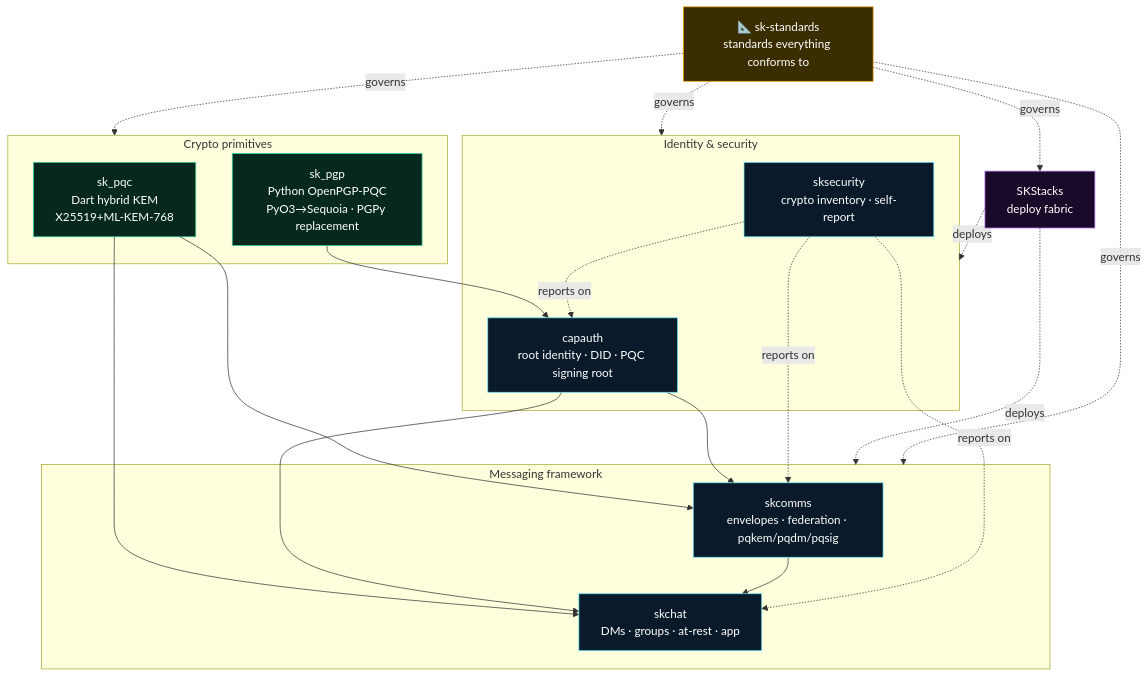
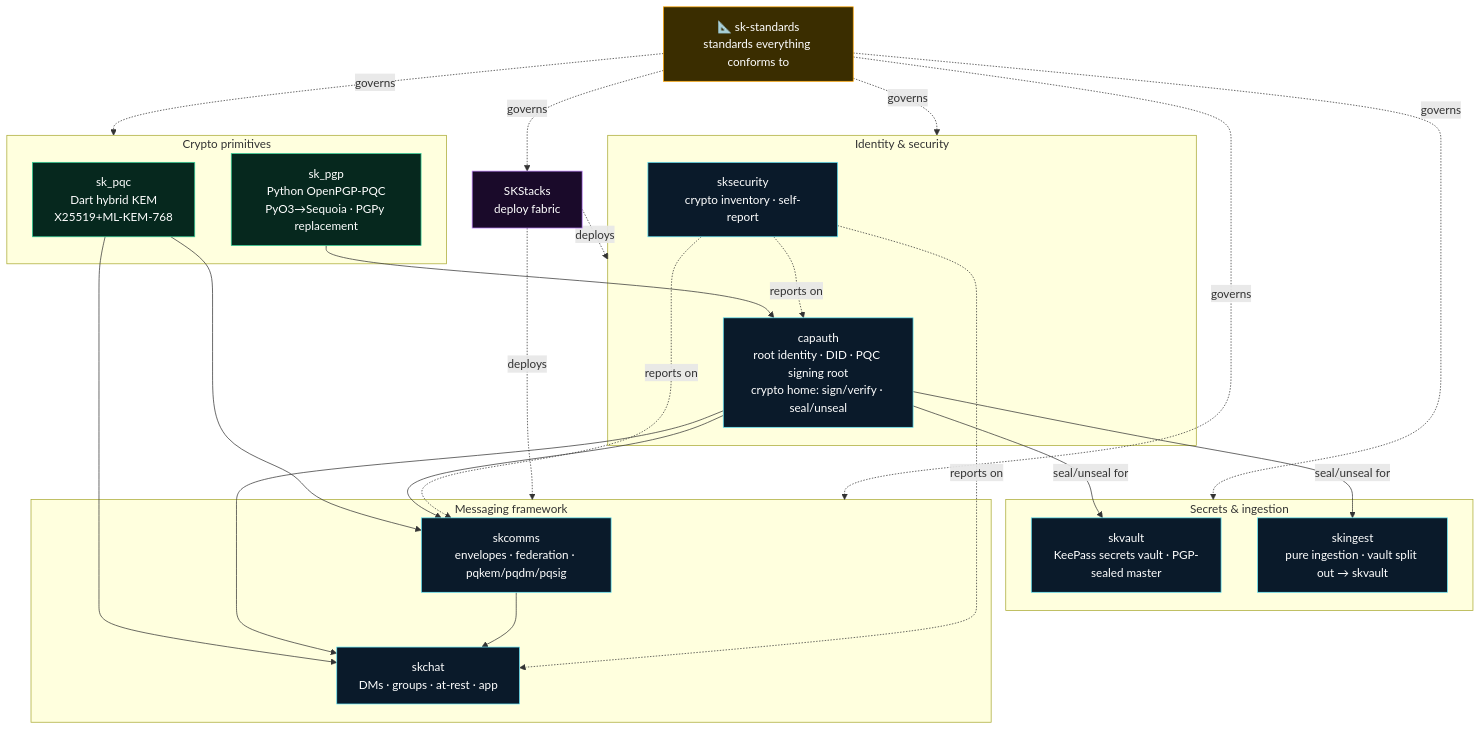
Before and after one commit to smilinTux/sk-standards: the diagram in README.md, drawn with Mermaid. The commit also changed other lines of this file and 1 other file, not shown here.

Commit message:
ecosystem: add skvault (secrets vault, split out of skingest)
skvault is the new sovereign secrets-vault package (EPIC 11eeac9e), split
out of skingest. Architecture now: capauth = crypto home (sign/verify +
seal/unseal); skvault = KeePass secrets vault (vault_creds/recovery/shamir/
totp + lifecycle) sealing via capauth.seal; skingest = pure ingestion that
also seals via capauth.seal but NO LONGER owns the vault.

- ECOSYSTEM.md + README.md mermaid: new "Secrets & ingestion" cluster with
  skvault + skingest, capauth -->|seal/unseal for| {skvault,skingest} edges,
  STD governs the cluster.
- capauth nodes/table note the seal/unseal crypto-home role.
- repos tables + repo bullets: skvault + skingest rows.
- sites list: add skos + skvault.skworld.io.

Claude-Session: https://claude.ai/code/session_01JPZ6QJhQemhZwfGJgTWN29

````diff
--- a/README.md
+++ b/README.md
@@ -49,42 +49,50 @@
 ```mermaid
 flowchart TD
     STD[📐 sk-standards<br/>standards everything conforms to]:::std
 
     subgraph crypto[Crypto primitives]
       SKPQC[sk_pqc<br/>Dart hybrid KEM<br/>X25519+ML-KEM-768]:::lib
       SKPGP[sk_pgp<br/>Python OpenPGP-PQC<br/>PyO3→Sequoia · PGPy replacement]:::lib
     end
 
     subgraph identity[Identity & security]
-      CAP[capauth<br/>root identity · DID · PQC signing root]:::svc
+      CAP[capauth<br/>root identity · DID · PQC signing root<br/>crypto home: sign/verify · seal/unseal]:::svc
       SEC[sksecurity<br/>crypto inventory · self-report]:::svc
+    end
+
+    subgraph secrets[Secrets & ingestion]
+      SKVAULT[skvault<br/>KeePass secrets vault · PGP-sealed master]:::svc
+      SKINGEST[skingest<br/>pure ingestion · vault split out → skvault]:::svc
     end
 
     subgraph comms[Messaging framework]
       SKCOMMS[skcomms<br/>envelopes · federation · pqkem/pqdm/pqsig]:::svc
       SKCHAT[skchat<br/>DMs · groups · at-rest · app]:::svc
     end
 
     INFRA[SKStacks<br/>deploy fabric]:::infra
 
     SKPGP --> CAP
+    CAP -->|seal/unseal for| SKVAULT
+    CAP -->|seal/unseal for| SKINGEST
     SKPQC --> SKCHAT
     SKPQC --> SKCOMMS
     CAP --> SKCOMMS
     CAP --> SKCHAT
     SKCOMMS --> SKCHAT
     SEC -. reports on .-> SKCOMMS
     SEC -. reports on .-> SKCHAT
     SEC -. reports on .-> CAP
     INFRA -. deploys .-> comms
     INFRA -. deploys .-> identity
     STD -. governs .-> crypto
     STD -. governs .-> identity
+    STD -. governs .-> secrets
     STD -. governs .-> comms
     STD -. governs .-> INFRA
 
     classDef std fill:#3a2d00,stroke:#ffa500,color:#fff;
     classDef lib fill:#06281e,stroke:#34d399,color:#fff;
     classDef svc fill:#0a1a2a,stroke:#67e8f9,color:#fff;
     classDef infra fill:#1a0a2a,stroke:#c084fc,color:#fff;
 ```
````
